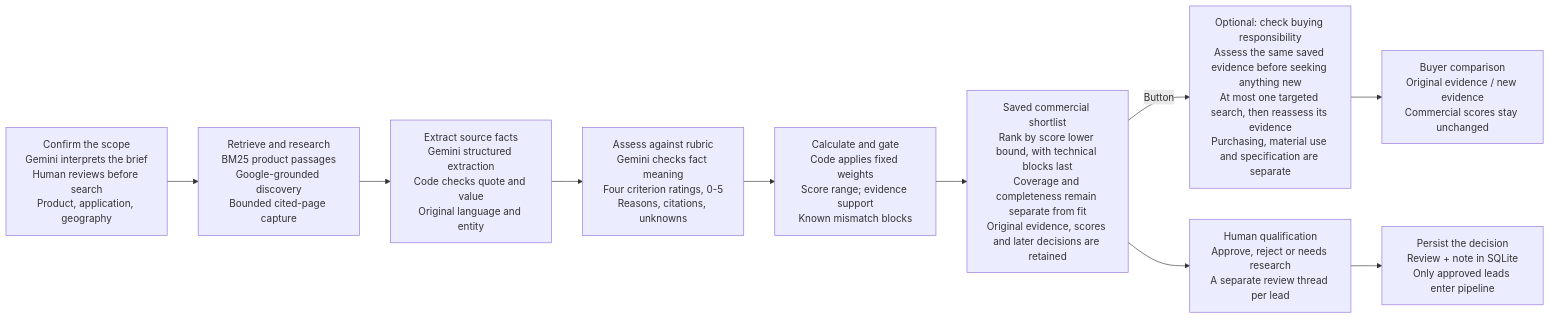
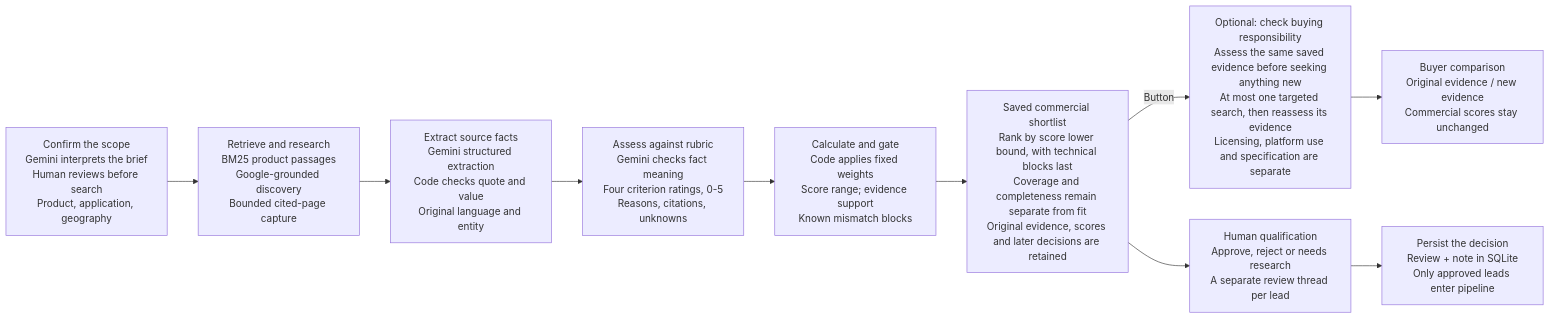
Before and after one commit to mjavedakhtar/agentic-sales-leads: the diagram in frontend/public/diagrams/current-workflow.mmd, drawn with Mermaid. The commit also changed 52 other files, not shown here.

```diff
--- a/frontend/public/diagrams/current-workflow.mmd
+++ b/frontend/public/diagrams/current-workflow.mmd
@@ -1,21 +1,21 @@
 %% IMPLEMENTED / The workflow running today
 flowchart LR
     scope["Confirm the scope<br/>Gemini interprets the brief<br/>Human reviews before search<br/>Product, application, geography"]
     research["Retrieve and research<br/>BM25 product passages<br/>Google-grounded discovery<br/>Bounded cited-page capture"]
     extract["Extract source facts<br/>Gemini structured extraction<br/>Code checks quote and value<br/>Original language and entity"]
     assess["Assess against rubric<br/>Gemini checks fact meaning<br/>Four criterion ratings, 0-5<br/>Reasons, citations, unknowns"]
     calculate["Calculate and gate<br/>Code applies fixed weights<br/>Score range; evidence support<br/>Known mismatch blocks"]
     shortlist["Saved commercial shortlist<br/>Rank by score lower bound, with technical blocks last<br/>Coverage and completeness remain separate from fit<br/>Original evidence, scores and later decisions are retained"]
-    buyer["Optional: check buying responsibility<br/>Assess the same saved evidence before seeking anything new<br/>At most one targeted search, then reassess its evidence<br/>Purchasing, material use and specification are separate"]
+    buyer["Optional: check buying responsibility<br/>Assess the same saved evidence before seeking anything new<br/>At most one targeted search, then reassess its evidence<br/>Licensing, platform use and specification are separate"]
     comparison["Buyer comparison<br/>Original evidence / new evidence<br/>Commercial scores stay unchanged"]
     review["Human qualification<br/>Approve, reject or needs research<br/>A separate review thread per lead"]
     persist["Persist the decision<br/>Review + note in SQLite<br/>Only approved leads enter pipeline"]
     scope --> research
     research --> extract
     extract --> assess
     assess --> calculate
     calculate --> shortlist
     shortlist -->|"Button"| buyer
     buyer --> comparison
     shortlist --> review
     review --> persist
```
